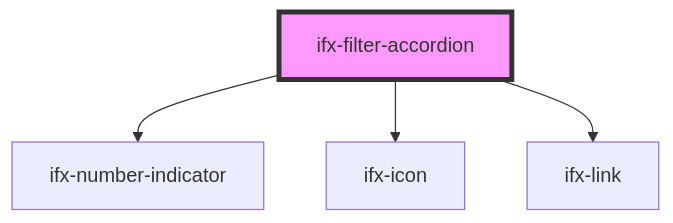
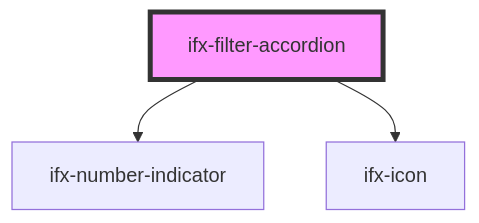
Before and after one commit to Infineon/infineon-design-system-stencil: the diagram in packages/components/src/components/filter-type-group/filter-accordion/readme.md, drawn with Mermaid. The commit also changed other lines of this file and 18 other files, not shown here.

````diff
--- a/packages/components/src/components/filter-type-group/filter-accordion/readme.md
+++ b/packages/components/src/components/filter-type-group/filter-accordion/readme.md
@@ -31,7 +30,6 @@
 ```mermaid
 graph TD;
   ifx-filter-accordion --> ifx-number-indicator
   ifx-filter-accordion --> ifx-icon
-  ifx-filter-accordion --> ifx-link
   style ifx-filter-accordion fill:#f9f,stroke:#333,stroke-width:4px
 ```
````
